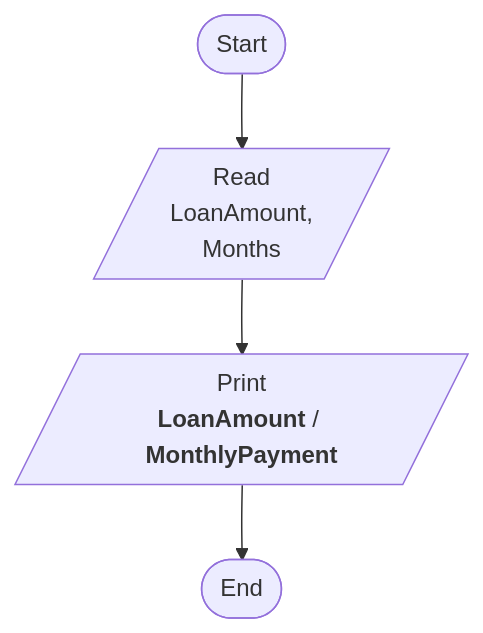
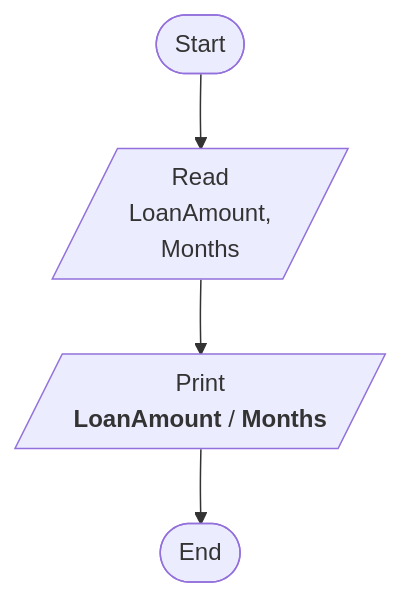
Before and after one commit to M4MD24/Algorithms-and-Problem-Solving-Level-1-by-Programming-Advices: the diagram in src/_46_problem_48/Problem48.mmd, drawn with Mermaid.

Commit message:
# Edit Solving Problem 48

```diff
--- a/src/_46_problem_48/Problem48.mmd
+++ b/src/_46_problem_48/Problem48.mmd
@@ -1,12 +1,12 @@
 %% Write a program to read a loan Amount and ask you how many months you need to settle the loan, Then calculate the monthly installment amount
 %% Steps
 %% Step 1: Read a LoanAmount, Months
-%% Step 2: Print Ceil(LoanAmount / MonthlyPayment)
+%% Step 2: Print LoanAmount / Months
 
 flowchart TD
     Start([Start])
-    ReadLoanAmount[/Read\nLoanAmount,\nMonths/]
+    ReadLoanAmountAndMonths[/Read\nLoanAmount,\nMonths/]
     PrintMonthlyPayment[/"`Print
-    **LoanAmount** / **MonthlyPayment**`"/]
+    **LoanAmount** / **Months**`"/]
     End([End])
-    Start --> ReadLoanAmount --> PrintMonthlyPayment --> End
+    Start --> ReadLoanAmountAndMonths --> PrintMonthlyPayment --> End
```
